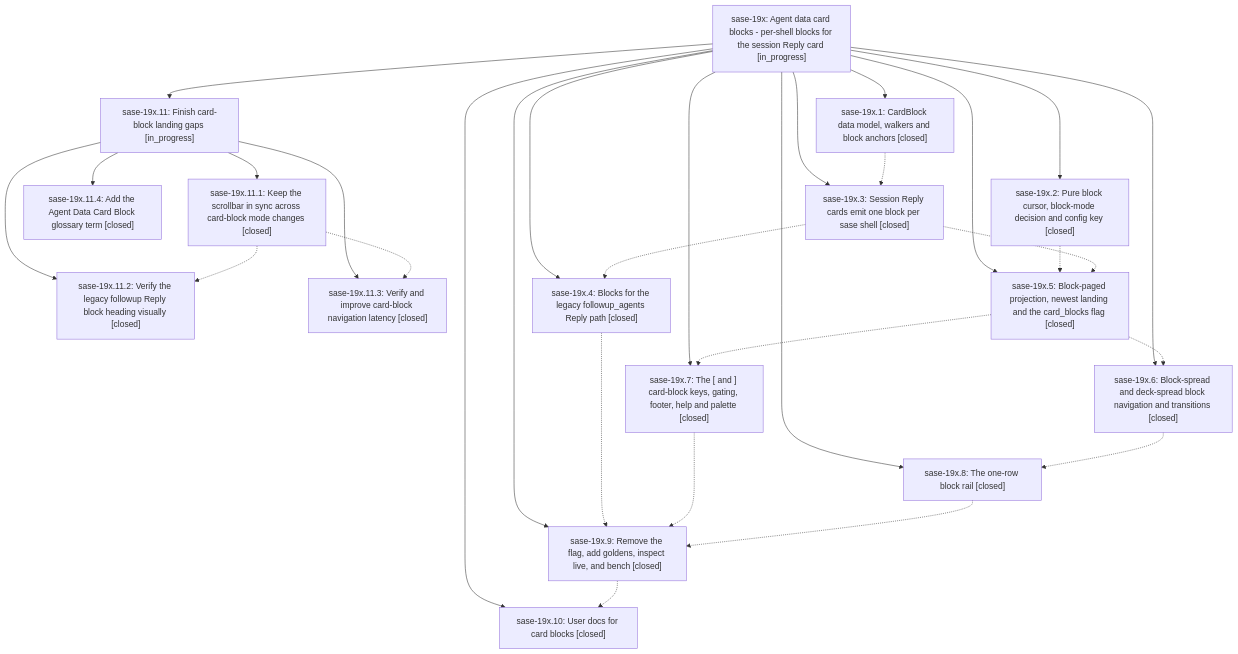
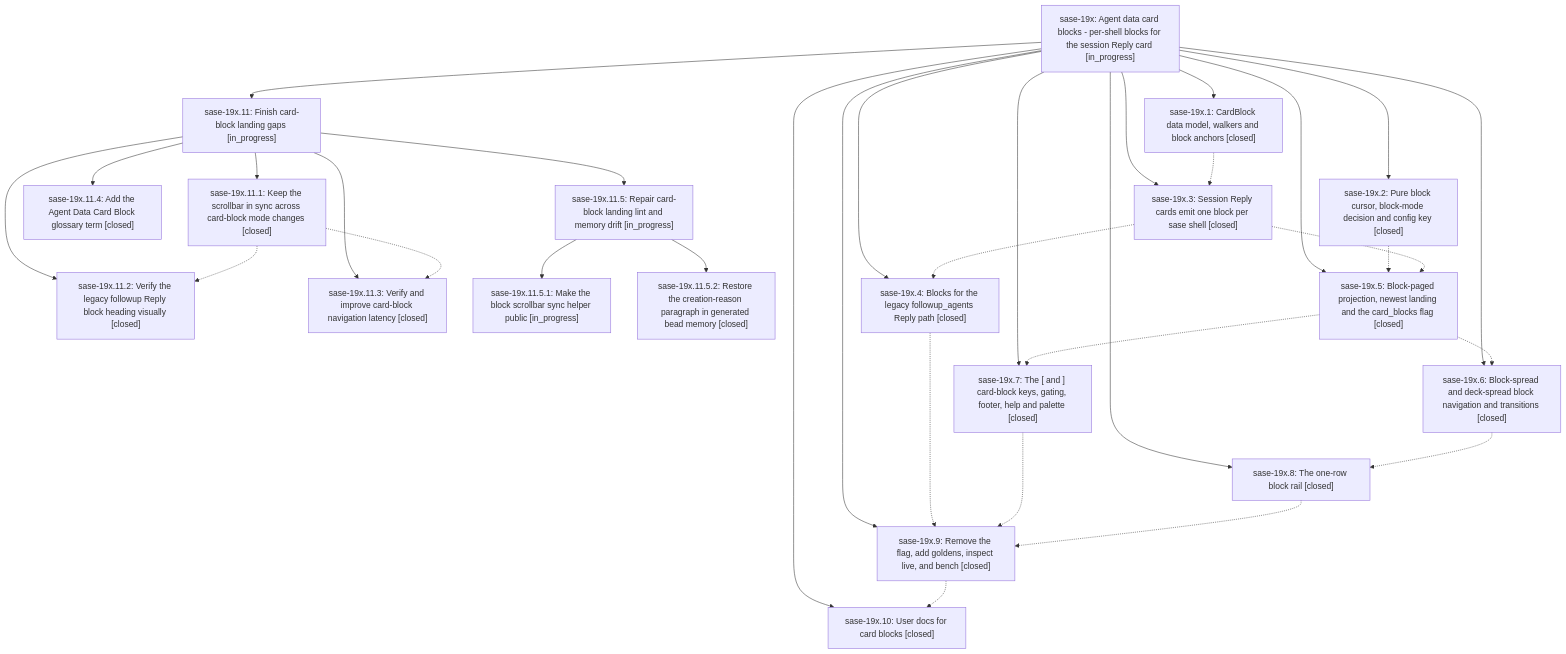
One commit to sase-org/sase--beads changed the diagram in pages/sase-19x/README.md. Above: the diagram before and after it, drawn with Mermaid. The commit also changed other lines of this file and 9 other files, not shown here.

First line of the commit message:
chore(beads): sync bead state and pages for sase-19x

````diff
--- a/pages/sase-19x/README.md
+++ b/pages/sase-19x/README.md
@@ -82,47 +82,53 @@
 ```mermaid
 flowchart TD
     n0["sase-19x: Agent data card blocks - per-shell blocks for the session Reply card [in_progress]"]
     n1["sase-19x.1: CardBlock data model, walkers and block anchors [closed]"]
     n2["sase-19x.10: User docs for card blocks [closed]"]
     n3["sase-19x.11: Finish card-block landing gaps [in_progress]"]
     n4["sase-19x.11.1: Keep the scrollbar in sync across card-block mode changes [closed]"]
     n5["sase-19x.11.2: Verify the legacy followup Reply block heading visually [closed]"]
     n6["sase-19x.11.3: Verify and improve card-block navigation latency [closed]"]
     n7["sase-19x.11.4: Add the Agent Data Card Block glossary term [closed]"]
-    n8["sase-19x.2: Pure block cursor, block-mode decision and config key [closed]"]
-    n9["sase-19x.3: Session Reply cards emit one block per sase shell [closed]"]
-    n10["sase-19x.4: Blocks for the legacy followup_agents Reply path [closed]"]
-    n11["sase-19x.5: Block-paged projection, newest landing and the card_blocks flag [closed]"]
-    n12["sase-19x.6: Block-spread and deck-spread block navigation and transitions [closed]"]
-    n13["sase-19x.7: The [ and ] card-block keys, gating, footer, help and palette [closed]"]
-    n14["sase-19x.8: The one-row block rail [closed]"]
-    n15["sase-19x.9: Remove the flag, add goldens, inspect live, and bench [closed]"]
+    n8["sase-19x.11.5: Repair card-block landing lint and memory drift [in_progress]"]
+    n9["sase-19x.11.5.1: Make the block scrollbar sync helper public [in_progress]"]
+    n10["sase-19x.11.5.2: Restore the creation-reason paragraph in generated bead memory [closed]"]
+    n11["sase-19x.2: Pure block cursor, block-mode decision and config key [closed]"]
+    n12["sase-19x.3: Session Reply cards emit one block per sase shell [closed]"]
+    n13["sase-19x.4: Blocks for the legacy followup_agents Reply path [closed]"]
+    n14["sase-19x.5: Block-paged projection, newest landing and the card_blocks flag [closed]"]
+    n15["sase-19x.6: Block-spread and deck-spread block navigation and transitions [closed]"]
+    n16["sase-19x.7: The [ and ] card-block keys, gating, footer, help and palette [closed]"]
+    n17["sase-19x.8: The one-row block rail [closed]"]
+    n18["sase-19x.9: Remove the flag, add goldens, inspect live, and bench [closed]"]
     n0 --> n1
     n0 --> n2
     n0 --> n3
     n3 --> n4
     n3 --> n5
     n3 --> n6
     n3 --> n7
-    n0 --> n8
-    n0 --> n9
-    n0 --> n10
+    n3 --> n8
+    n8 --> n9
+    n8 --> n10
     n0 --> n11
     n0 --> n12
     n0 --> n13
     n0 --> n14
     n0 --> n15
-    n1 -.-> n9
+    n0 --> n16
+    n0 --> n17
+    n0 --> n18
+    n1 -.-> n12
     n4 -.-> n5
     n4 -.-> n6
-    n8 -.-> n11
-    n9 -.-> n10
-    n9 -.-> n11
-    n10 -.-> n15
-    n11 -.-> n12
-    n11 -.-> n13
+    n11 -.-> n14
+    n12 -.-> n13
     n12 -.-> n14
-    n13 -.-> n15
+    n13 -.-> n18
     n14 -.-> n15
-    n15 -.-> n2
+    n14 -.-> n16
+    n15 -.-> n17
+    n16 -.-> n18
+    n17 -.-> n18
+    n18 -.-> n2
 ```
````
